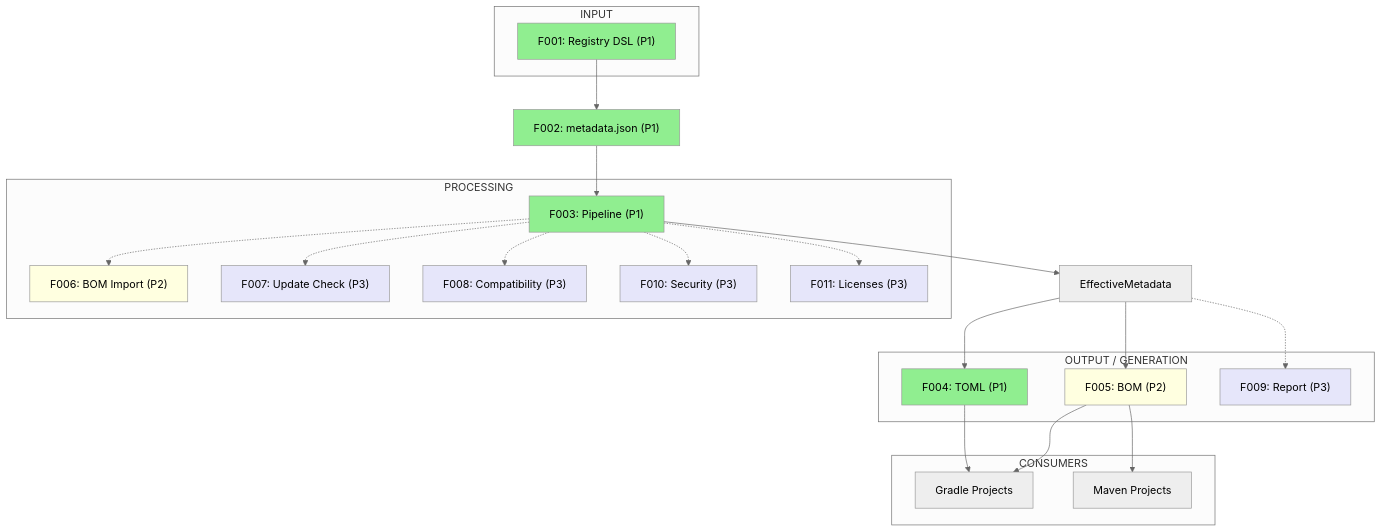
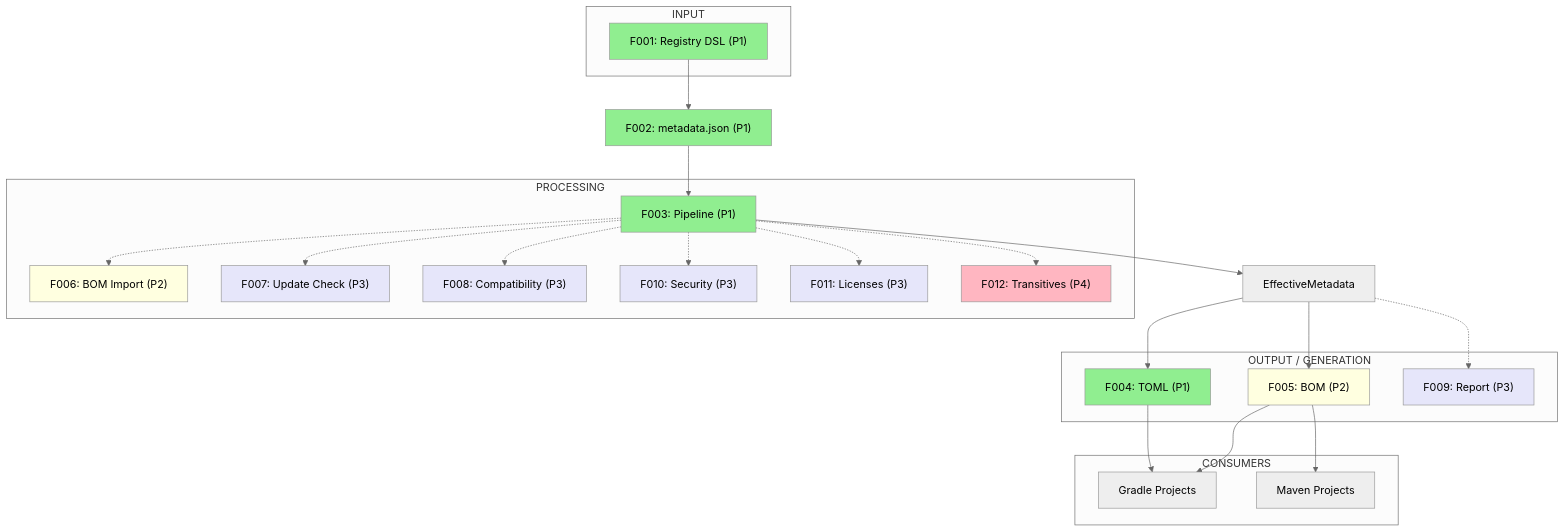
The first of 2 diagrams in docs/02-features/index.adoc (zenhelix/dependanger), drawn with Mermaid (neutral theme) before and after one commit. The commit also changed other lines of this file and 6 other files, not shown here.

```diff
--- a/docs/02-features/index.adoc
+++ b/docs/02-features/index.adoc
@@ -16,57 +16,60 @@
 [mermaid,target=architecture-flow,format=svg]
 ----
 flowchart TD
     subgraph Inputs["INPUT"]
         F001["F001: Registry DSL (P1)"]
     end
 
     F001 --> F002["F002: metadata.json (P1)"]
 
     subgraph Processing["PROCESSING"]
         F003["F003: Pipeline (P1)"]
         F006["F006: BOM Import (P2)"]
         F007["F007: Update Check (P3)"]
         F008["F008: Compatibility (P3)"]
         F010["F010: Security (P3)"]
         F011["F011: Licenses (P3)"]
+        F012["F012: Transitives (P4)"]
     end
 
     F002 --> F003
     F003 -.-> F006
     F003 -.-> F007
     F003 -.-> F008
     F003 -.-> F010
     F003 -.-> F011
+    F003 -.-> F012
     F003 --> EM["EffectiveMetadata"]
 
     subgraph Output["OUTPUT / GENERATION"]
         F004["F004: TOML (P1)"]
         F005["F005: BOM (P2)"]
         F009["F009: Report (P3)"]
     end
 
     EM --> F004
     EM --> F005
     EM -.-> F009
 
     subgraph Consumers["CONSUMERS"]
         Gradle["Gradle Projects"]
         Maven["Maven Projects"]
     end
 
     F004 --> Gradle
     F005 --> Maven
     F005 --> Gradle
 
     style F001 fill:#90EE90
     style F002 fill:#90EE90
     style F003 fill:#90EE90
     style F004 fill:#90EE90
     style F005 fill:#FFFFE0
     style F006 fill:#FFFFE0
     style F007 fill:#E6E6FA
     style F008 fill:#E6E6FA
     style F009 fill:#E6E6FA
     style F010 fill:#E6E6FA
     style F011 fill:#E6E6FA
+    style F012 fill:#FFB6C1
 ----
```
